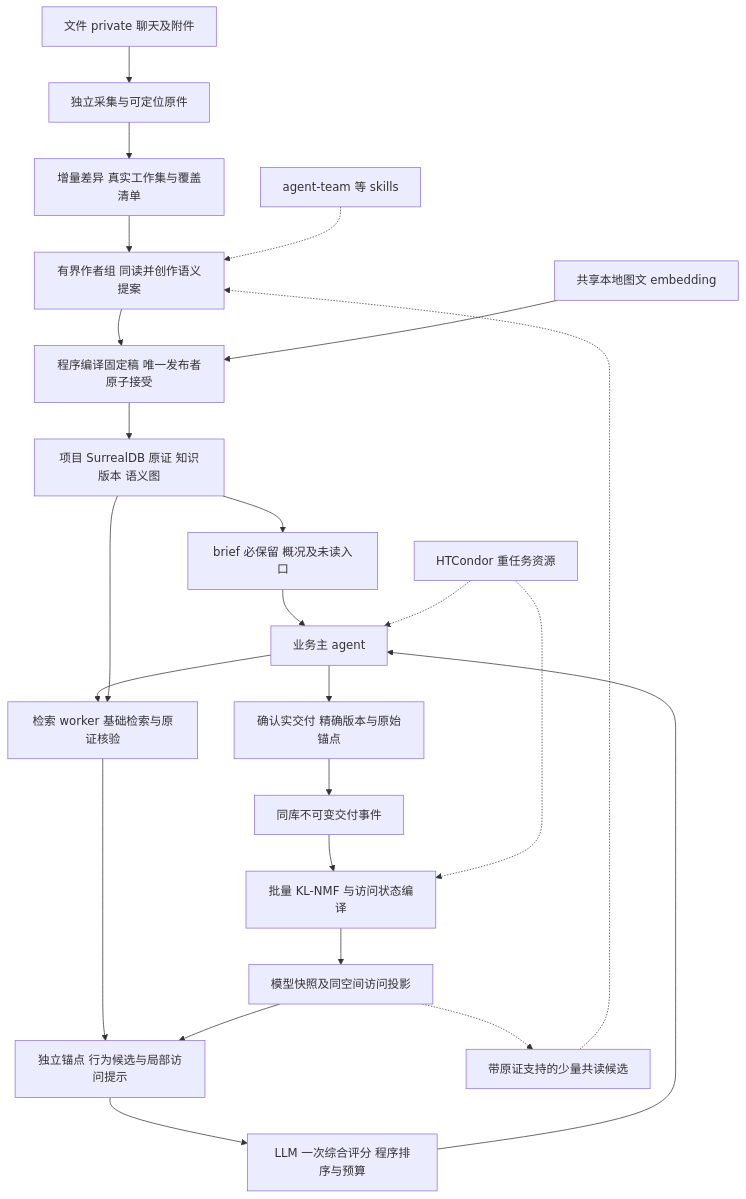
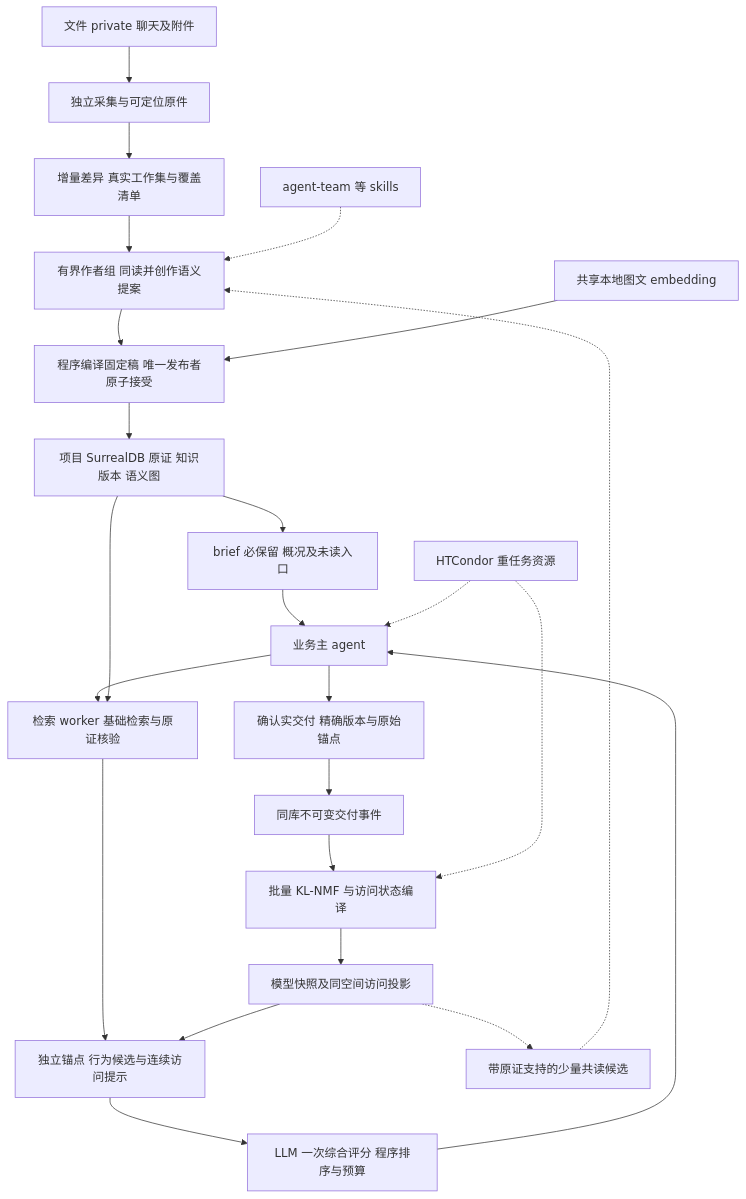
The first of 2 diagrams in devDoc/tasks/20261115-real-use-rectification/target-architecture.md (YS-Pan/basePack), drawn with Mermaid before and after one commit. The commit also changed other lines of this file and 9 other files, not shown here.

````diff
--- a/devDoc/tasks/20261115-real-use-rectification/target-architecture.md
+++ b/devDoc/tasks/20261115-real-use-rectification/target-architecture.md
@@ -22,26 +22,26 @@
 ```mermaid
 flowchart TD
   S[文件 private 聊天及附件] --> I[独立采集与可定位原件]
   I --> W[增量差异 真实工作集与覆盖清单]
   W --> A[有界作者组 同读并创作语义提案]
   A --> P[程序编译固定稿 唯一发布者原子接受]
   P --> K[项目 SurrealDB 原证 知识版本 语义图]
   E[共享本地图文 embedding] --> P
   K --> B[brief 必保留 概况及未读入口]
   B --> U[业务主 agent]
   U --> Q[检索 worker 基础检索与原证核验]
   K --> Q
-  Q --> R[独立锚点 行为候选与局部访问提示]
+  Q --> R[独立锚点 行为候选与连续访问提示]
   R --> T[LLM 一次综合评分 程序排序与预算]
   T --> U
   U --> D[确认实交付 精确版本与原始锚点]
   D --> L[同库不可变交付事件]
   L --> N[批量 KL-NMF 与访问状态编译]
   N --> F[模型快照及同空间访问投影]
   F --> R
   F -.-> C[带原证支持的少量共读候选]
   C -.-> A
   H[HTCondor 重任务资源] -.-> N
   H -.-> U
   G[agent-team 等 skills] -.-> A
 ```
````
